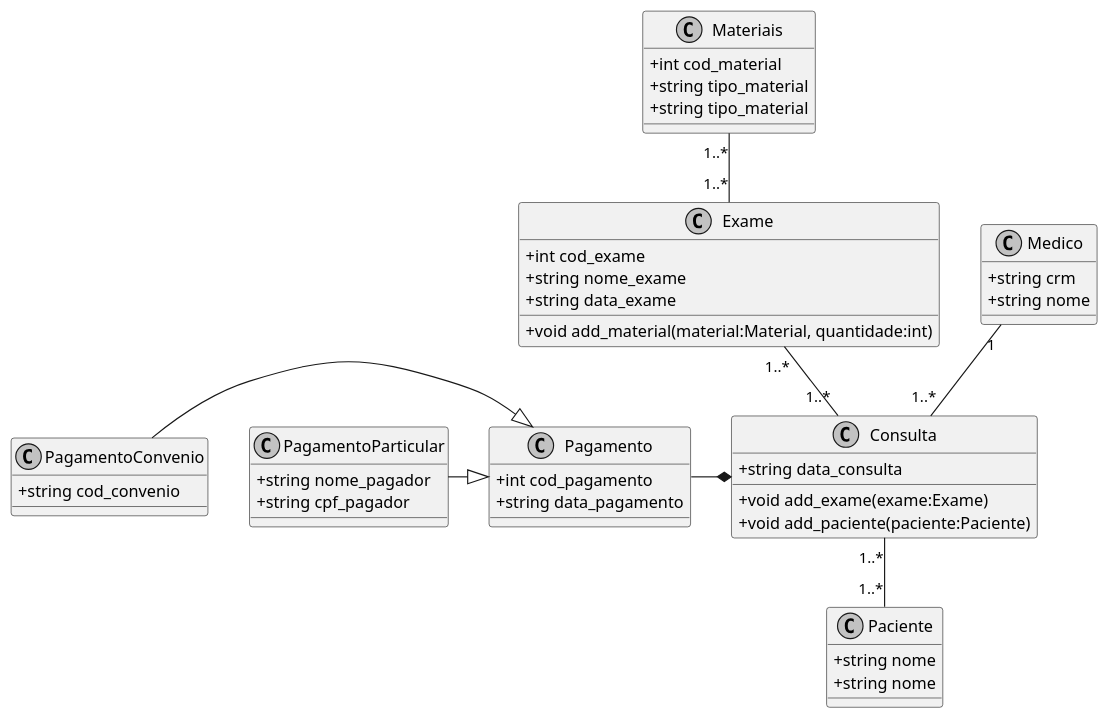
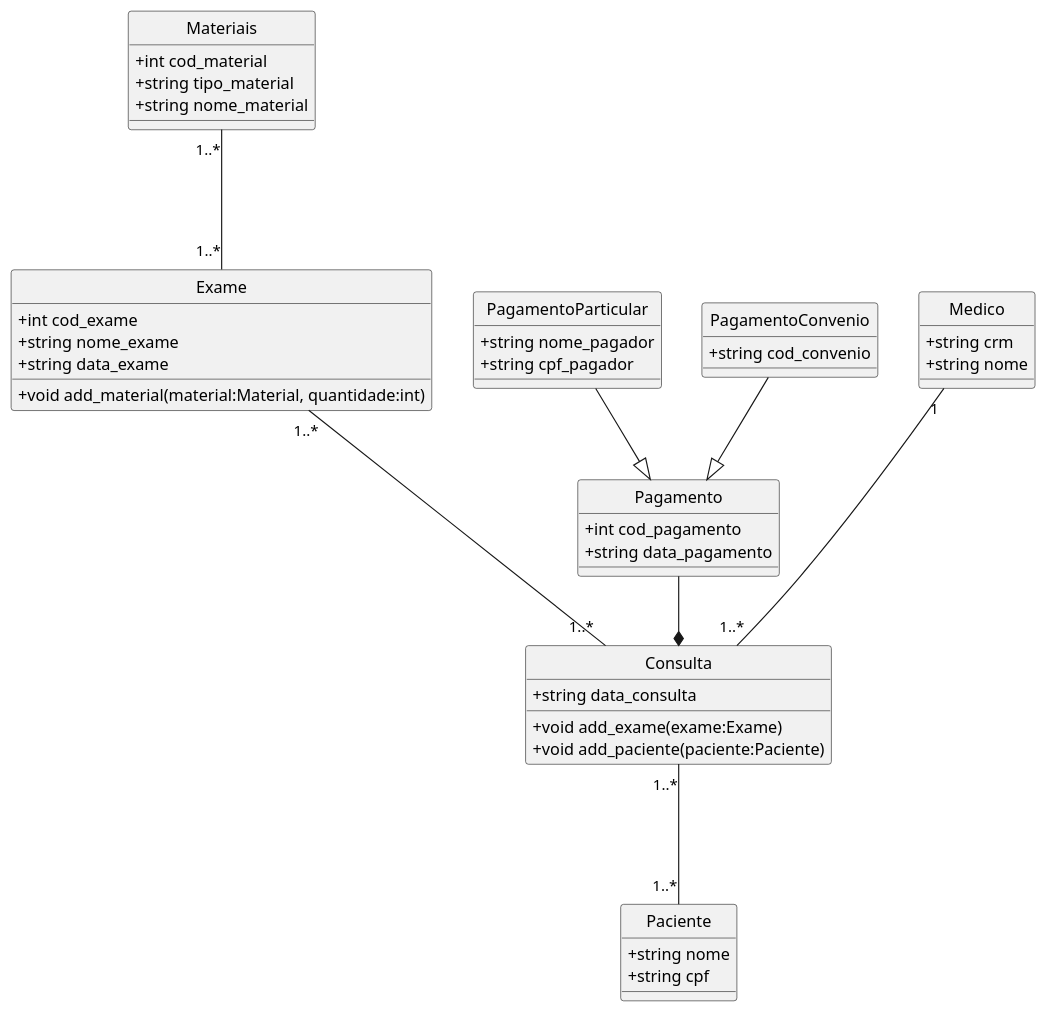
Before and after one commit to taciossbr/trab-eng-sw3-SGCM: the second of 2 diagrams in docs/diagramas.plantuml, drawn with PlantUML. The commit also changed 2 other files, not shown here.

```diff
--- a/docs/diagramas.plantuml
+++ b/docs/diagramas.plantuml
@@ -39,63 +39,64 @@
 @startuml classes
 skinparam monochrome true
 skinparam classAttributeIconSize 0
+hide circle
 ' left to right direction
 
 class Materiais {
     + int cod_material
     + string tipo_material
-    + string tipo_material
+    + string nome_material
 }
 
 class Exame {
     + int cod_exame
     + string nome_exame
     + string data_exame
     + void add_material(material:Material, quantidade:int)
 }
 
 class Consulta {
     + string data_consulta
     + void add_exame(exame:Exame)
     + void add_paciente(paciente:Paciente)
 }
 
 class Paciente {
     + string nome
-    + string nome
+    + string cpf
 }
 
 class Pagamento {
     + int cod_pagamento
     + string data_pagamento
 }
 
 class PagamentoParticular {
     + string nome_pagador
     + string cpf_pagador
 }
 
 class PagamentoConvenio {
     + string cod_convenio
 }
 
 class Medico {
     + string crm
     + string nome
 }
 
-Materiais "1..*" -- "1..*" Exame
+Materiais "1..*" --- "1..*" Exame
 
-Exame "1..*" -- "1..*" Consulta
+Exame "1..*" --- "1..*" Consulta
 
-Consulta "1..*" -- "1..*" Paciente
+Consulta "1..*" --- "1..*" Paciente
 
-Medico "1" -- "1..*" Consulta
+Medico "1" --- "1..*" Consulta
 
-PagamentoConvenio -|> Pagamento
+PagamentoConvenio --|> Pagamento
 
-PagamentoParticular -|> Pagamento
+PagamentoParticular --|> Pagamento
 
-Pagamento -* Consulta
+Pagamento --* Consulta
 
 @enduml
```
